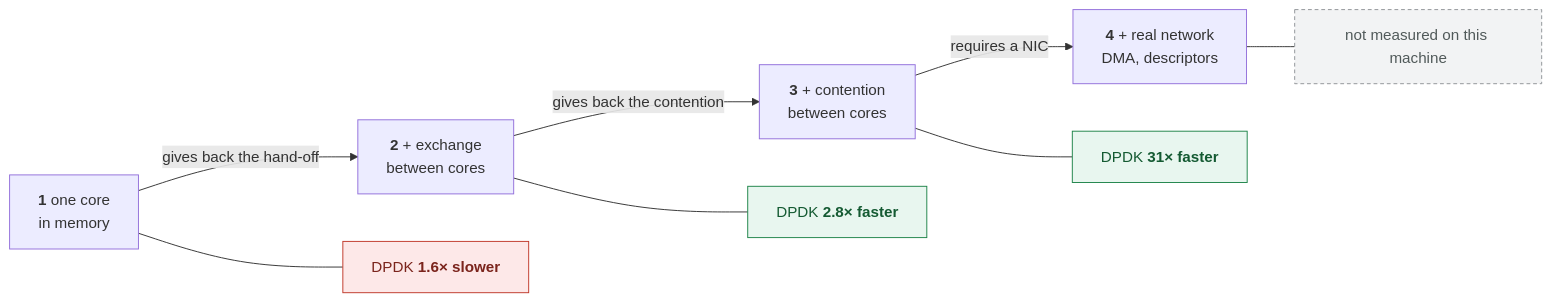
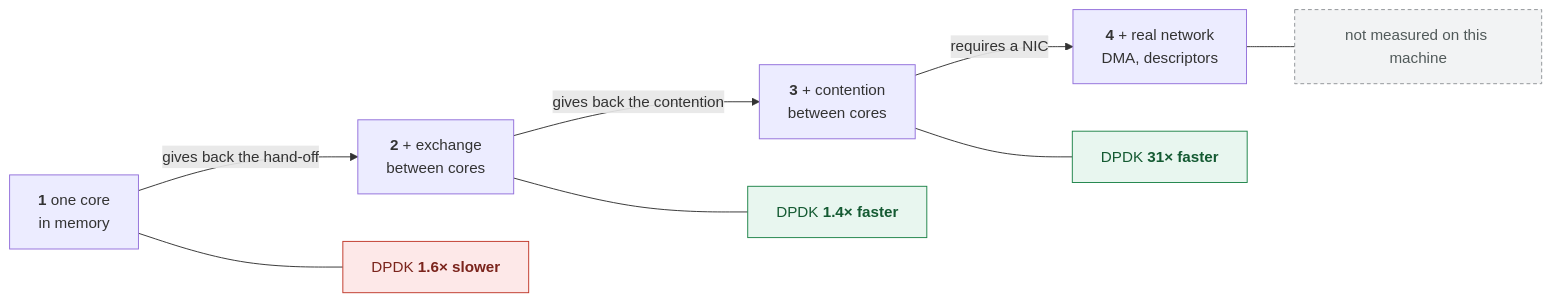
One commit to hroberto/labs-dpdk-academy changed the first of 2 diagrams in trilha/01-fundamentos/02-mempool-ring/alternativas/cpp23/README.en.md. Above: the diagram before and after it, drawn with Mermaid. The commit also changed other lines of this file and 1193 other files, not shown here.

````diff
--- a/trilha/01-fundamentos/02-mempool-ring/alternativas/cpp23/README.en.md
+++ b/trilha/01-fundamentos/02-mempool-ring/alternativas/cpp23/README.en.md
@@ -129,29 +129,29 @@
 ```mermaid
 flowchart LR
     N1["<b>1</b> one core<br/>in memory"]
     N2["<b>2</b> + exchange<br/>between cores"]
     N3["<b>3</b> + contention<br/>between cores"]
     N4["<b>4</b> + real network<br/>DMA, descriptors"]
 
     N1 -->|"gives back the hand-off"| N2
     N2 -->|"gives back the contention"| N3
     N3 -->|"requires a NIC"| N4
 
     V1["DPDK <b>1.6× slower</b>"]
-    V2["DPDK <b>2.8× faster</b>"]
+    V2["DPDK <b>1.4× faster</b>"]
     V3["DPDK <b>31× faster</b>"]
     V4["not measured on this machine"]
 
     N1 --- V1
     N2 --- V2
     N3 --- V3
     N4 --- V4
 
     classDef perde fill:#fde8e8,stroke:#c0392b,color:#7b241c
     classDef ganha fill:#e8f6ef,stroke:#1e8449,color:#145a32
     classDef vazio fill:#f2f3f4,stroke:#909497,color:#515a5a,stroke-dasharray:4 3
     class V1 perde
     class V2 ganha
     class V3 ganha
     class V4 vazio
 ```
````
